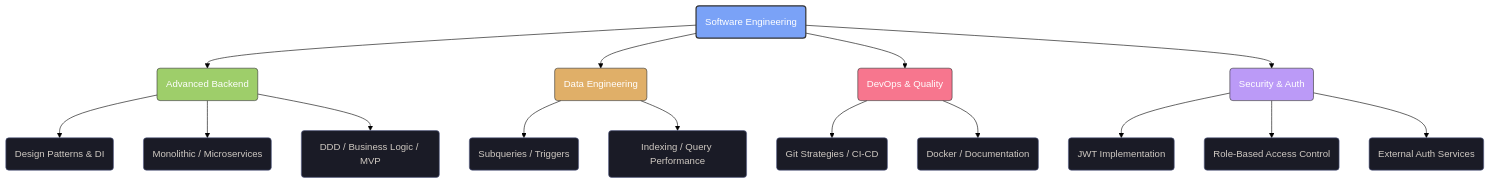
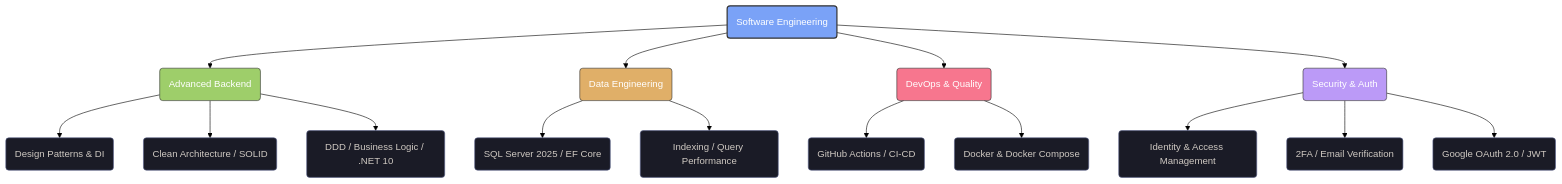
Before and after one commit to m4lcom/m4lcom: the diagram in README.md, drawn with Mermaid (forest theme). The commit also changed other lines of this file, not shown here.

First line of the commit message:
Revise README with updated role and project info

````diff
--- a/README.md
+++ b/README.md
@@ -11,35 +21,35 @@
 ```mermaid
 graph TD;
   %% Core Nodes
   Core(Software Engineering)-->Backend(Advanced Backend);
   Core-->Data(Data Engineering);
   Core-->Ops(DevOps & Quality);
   Core-->Sec(Security & Auth);
 
   %% Backend
   Backend-->Patterns(Design Patterns & DI);
-  Backend-->Architecture(Monolithic / Microservices);
-  Backend-->Logic(DDD / Business Logic / MVP);
+  Backend-->Architecture(Clean Architecture / SOLID);
+  Backend-->Logic(DDD / Business Logic / .NET 10);
 
   %% Data
-  Data-->SQL_Expertise(Subqueries / Triggers);
+  Data-->SQL_Expertise(SQL Server 2025 / EF Core);
   Data-->Optimization(Indexing / Query Performance);
 
   %% Ops & Quality
-  Ops-->Git_Flow(Git Strategies / CI-CD);
-  Ops-->Infra(Docker / Documentation);
+  Ops-->Git_Flow(GitHub Actions / CI-CD);
+  Ops-->Infra(Docker & Docker Compose);
 
   %% Security & Auth
-  Sec-->JWT(JWT Implementation);
-  Sec-->Roles(Role-Based Access Control);
-  Sec-->Middleware(External Auth Services);
+  Sec-->IAM(Identity & Access Management);
+  Sec-->MFA(2FA / Email Verification);
+  Sec-->OAuth(Google OAuth 2.0 / JWT);
 
   %% Styling - Tokyonight Palette
   style Core fill:#7aa2f7,stroke:#333,stroke-width:2px,color:#fff
   style Backend fill:#9ece6a,stroke:#333,color:#fff
   style Data fill:#e0af68,stroke:#333,color:#fff
   style Ops fill:#f7768e,stroke:#333,color:#fff
   style Sec fill:#bb9af7,stroke:#333,color:#fff
   
   classDef default fill:#1a1b26,stroke:#565f89,color:#cfc9c2
 ```
````
